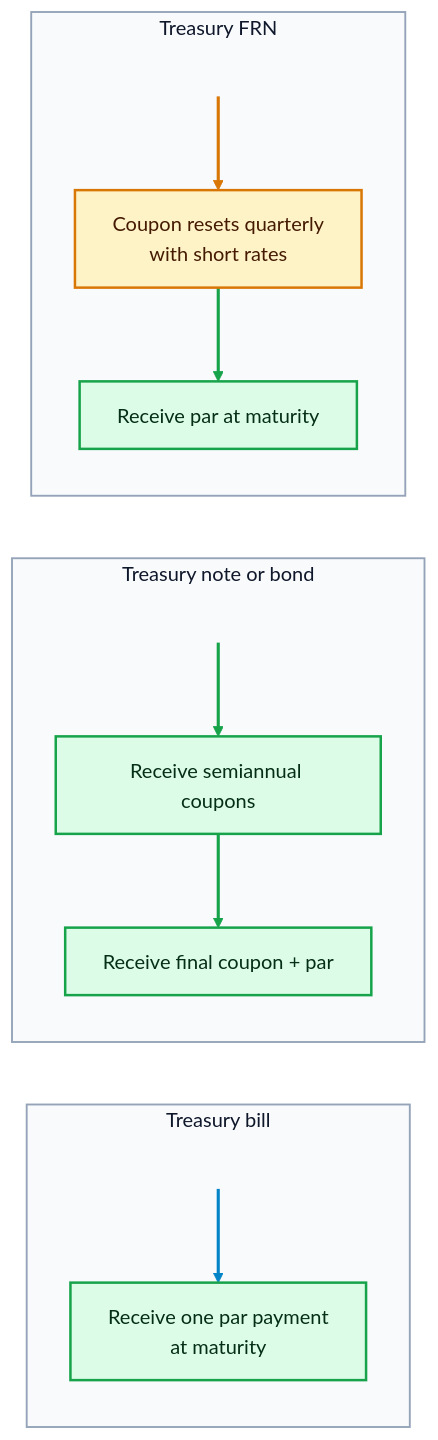
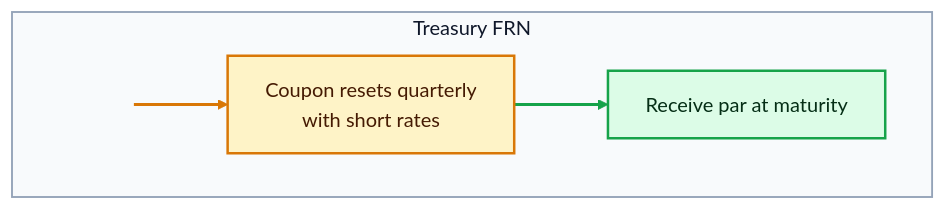
The fourth of 10 diagrams in lecture_notes/lec5.qmd (AliBoloor/BUS411), drawn with Mermaid before and after one commit. The commit also changed other lines of this file and 36 other files, not shown here.

````diff
--- a/lecture_notes/lec5.qmd
+++ b/lecture_notes/lec5.qmd
@@ -164,28 +205,18 @@
 ```{mermaid}
 %%{init: {"theme": "base", "themeVariables": {"fontFamily": "Inter, Arial, sans-serif", "lineColor": "#64748b"}}}%%
-flowchart LR
-  subgraph Bills["Treasury bill"]
-    A["Pay discounted price today"] --> B["Receive one par payment<br/>at maturity"]
-  end
-  subgraph Coupons["Treasury note or bond"]
-    C["Pay clean + accrued price"] --> D["Receive semiannual coupons"]
-    D --> E["Receive final coupon + par"]
-  end
+flowchart TD
   subgraph FRNs["Treasury FRN"]
     F["Pay price today"] --> G["Coupon resets quarterly<br/>with short rates"]
     G --> H["Receive par at maturity"]
   end
   classDef today fill:#e0f2fe,stroke:#0284c7,stroke-width:2px,color:#082f49;
   classDef cash fill:#dcfce7,stroke:#16a34a,stroke-width:2px,color:#052e16;
   classDef reset fill:#fef3c7,stroke:#d97706,stroke-width:2px,color:#451a03;
   classDef group fill:#f8fafc,stroke:#94a3b8,stroke-width:1.5px,color:#0f172a;
-  class A,C,F today;
-  class B,D,E,H cash;
+  class F today;
   class G reset;
-  class Bills,Coupons,FRNs group;
-  linkStyle 0 stroke:#0284c7,stroke-width:2.5px;
+  class H cash;
+  class FRNs group;
+  linkStyle 0 stroke:#d97706,stroke-width:2.5px;
   linkStyle 1 stroke:#16a34a,stroke-width:2.5px;
-  linkStyle 2 stroke:#16a34a,stroke-width:2.5px;
-  linkStyle 3 stroke:#d97706,stroke-width:2.5px;
-  linkStyle 4 stroke:#16a34a,stroke-width:2.5px;
 ```
````
